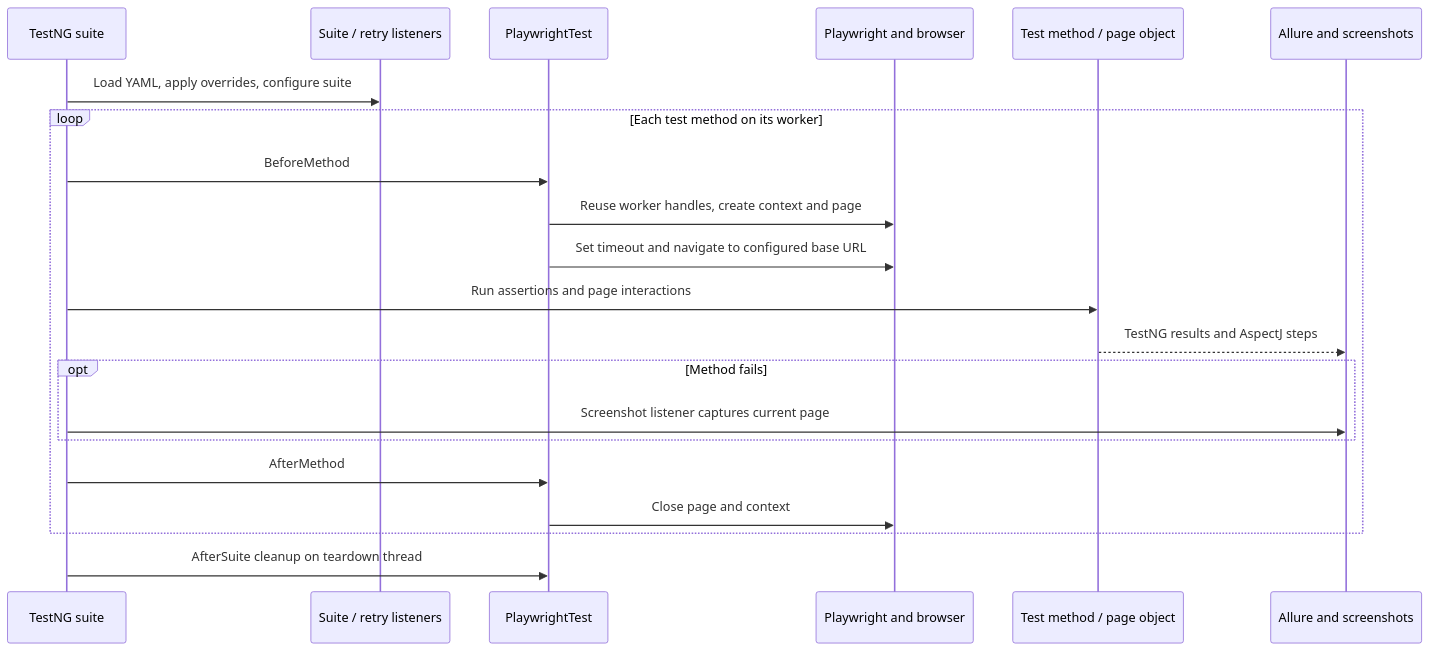
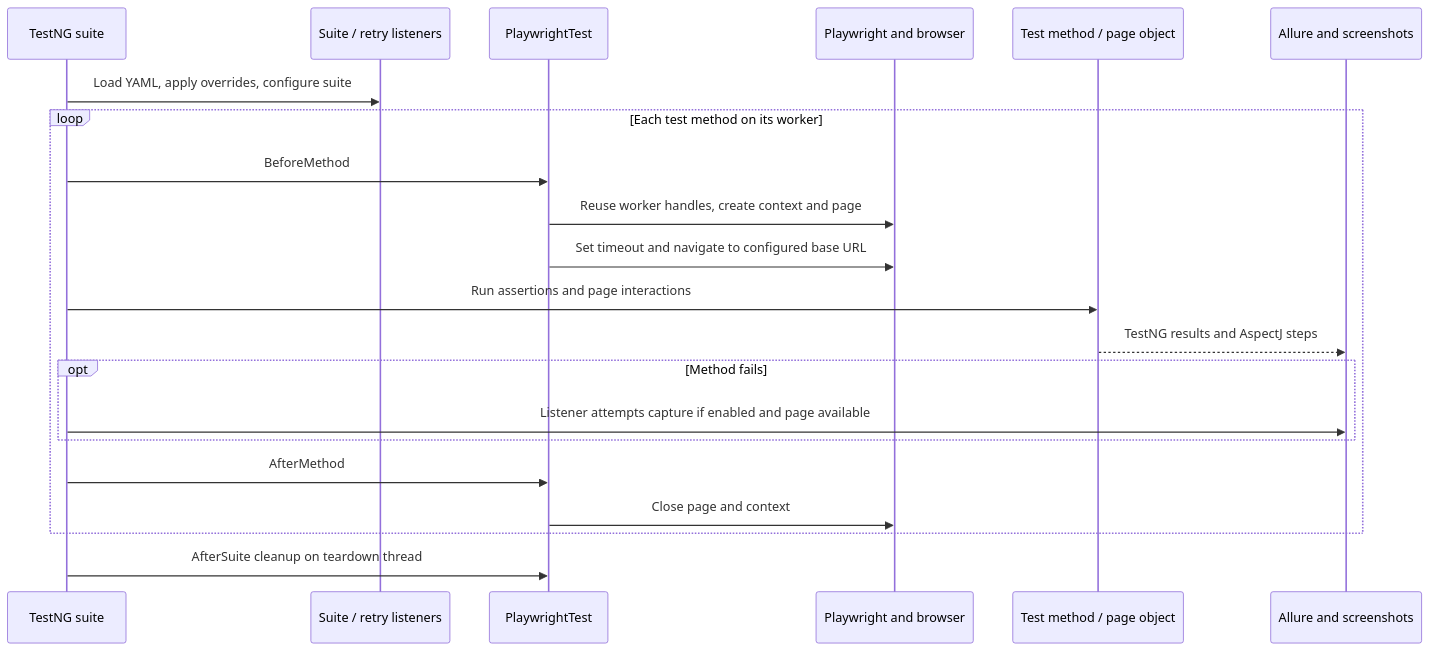
The diagram in docs/architecture.md (yashwant-das/qa-java-playwright), drawn with Mermaid before and after one commit. The commit also changed other lines of this file and 12 other files, not shown here.

````diff
--- a/docs/architecture.md
+++ b/docs/architecture.md
@@ -170,23 +164,23 @@
 ```mermaid
 sequenceDiagram
     participant Suite as TestNG suite
     participant Config as Suite / retry listeners
     participant Base as PlaywrightTest
     participant PW as Playwright and browser
     participant Test as Test method / page object
     participant Report as Allure and screenshots
     Suite->>Config: Load YAML, apply overrides, configure suite
     loop Each test method on its worker
         Suite->>Base: BeforeMethod
         Base->>PW: Reuse worker handles, create context and page
         Base->>PW: Set timeout and navigate to configured base URL
         Suite->>Test: Run assertions and page interactions
         Test-->>Report: TestNG results and AspectJ steps
         opt Method fails
-            Suite->>Report: Screenshot listener captures current page
+            Suite->>Report: Listener attempts capture if enabled and page available
         end
         Suite->>Base: AfterMethod
         Base->>PW: Close page and context
     end
     Suite->>Base: AfterSuite cleanup on teardown thread
 ```
````
